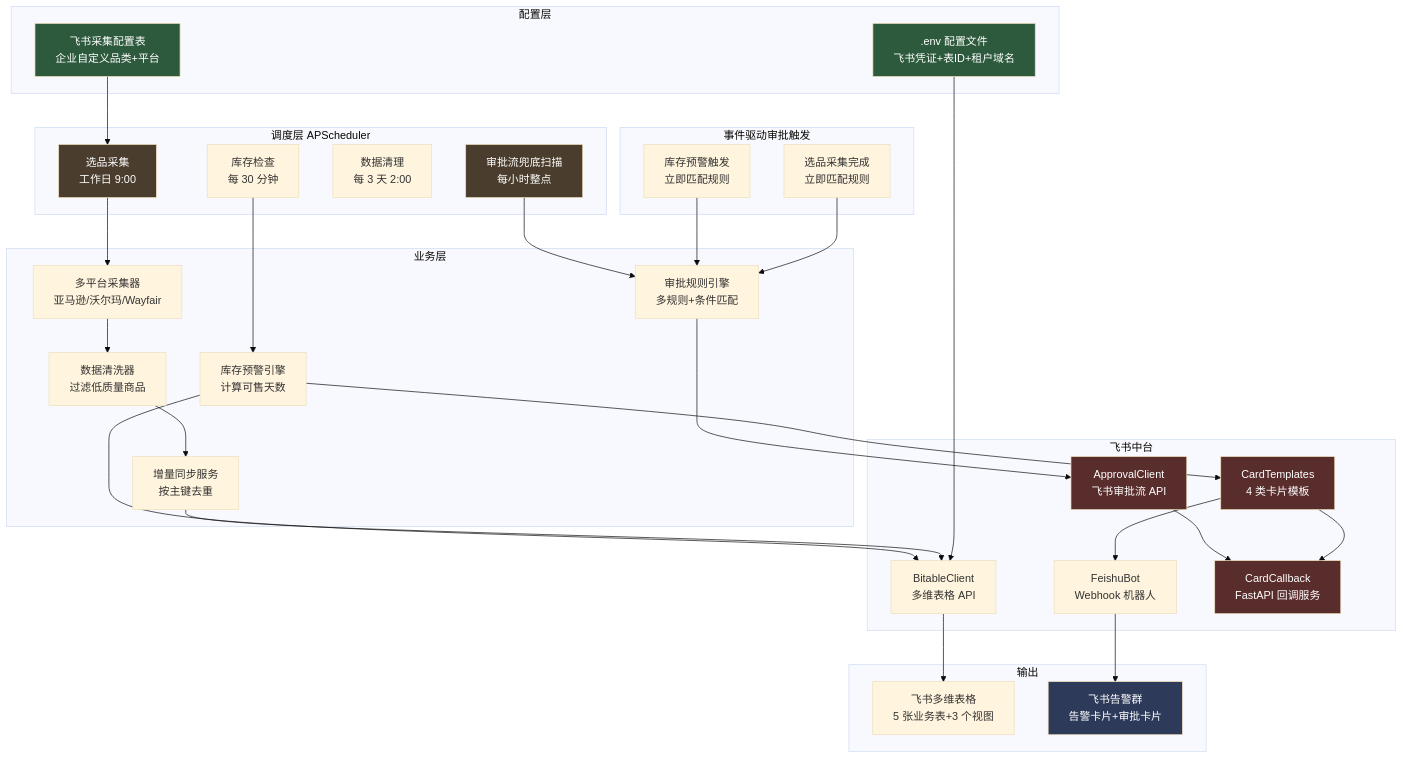
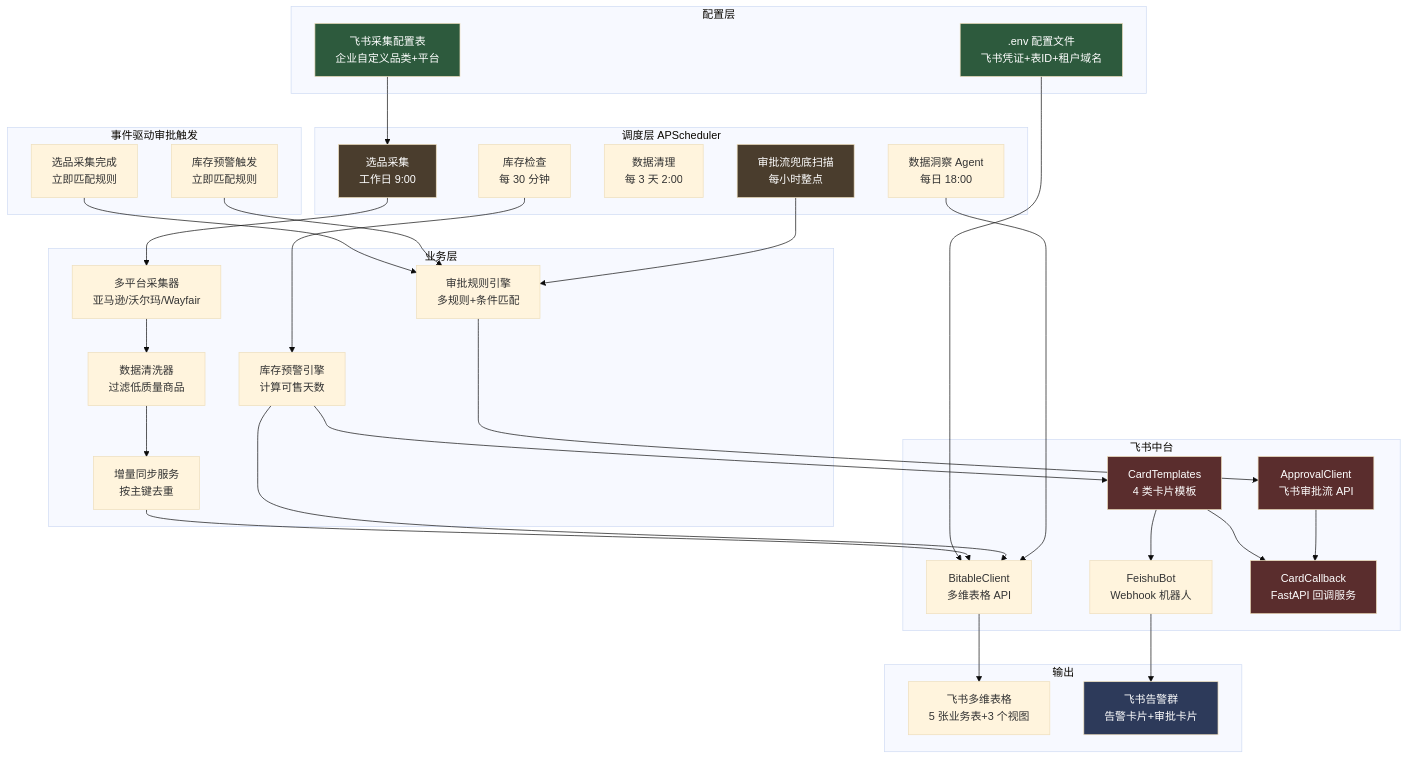
The second of 6 diagrams in README.md (lbh1nb/cross-border-ai-platform), drawn with Mermaid (base theme) before and after one commit. The commit also changed other lines of this file and 14 other files, not shown here.

First line of the commit message:
feat: v0.6.0 数据洞察 Agent 上线

````diff
--- a/README.md
+++ b/README.md
@@ -80,61 +81,63 @@
 ```mermaid
 flowchart TB
     subgraph 配置层
         A1[飞书采集配置表<br/>企业自定义品类+平台]
         A2[.env 配置文件<br/>飞书凭证+表ID+租户域名]
     end
 
     subgraph 调度层[调度层 APScheduler]
         B1[选品采集<br/>工作日 9:00]
         B2[库存检查<br/>每 30 分钟]
         B3[数据清理<br/>每 3 天 2:00]
+        B4[数据洞察 Agent<br/>每日 18:00]
         B5[审批流兜底扫描<br/>每小时整点]
     end
 
     subgraph 事件驱动[事件驱动审批触发]
         EV1[选品采集完成<br/>立即匹配规则]
         EV2[库存预警触发<br/>立即匹配规则]
     end
 
     subgraph 业务层
         C1[多平台采集器<br/>亚马逊/沃尔玛/Wayfair]
         C2[数据清洗器<br/>过滤低质量商品]
         C3[增量同步服务<br/>按主键去重]
         C4[库存预警引擎<br/>计算可售天数]
         C5[审批规则引擎<br/>多规则+条件匹配]
     end
 
     subgraph 飞书中台
         D1[BitableClient<br/>多维表格 API]
         D2[FeishuBot<br/>Webhook 机器人]
         D3[CardTemplates<br/>4 类卡片模板]
         D4[CardCallback<br/>FastAPI 回调服务]
         D5[ApprovalClient<br/>飞书审批流 API]
     end
 
     subgraph 输出
         E1[飞书多维表格<br/>5 张业务表+3 个视图]
         E2[飞书告警群<br/>告警卡片+审批卡片]
     end
 
     A1 --> B1
     A2 --> D1
     B1 --> C1 --> C2 --> C3 --> D1 --> E1
     B2 --> C4 --> D1
     C4 --> D3 --> D2 --> E2
     D3 --> D4
+    B4 --> D1
     EV1 --> C5
     EV2 --> C5
     B5 --> C5
     C5 --> D5
     D5 --> D4
 
     style A1 fill:#2d5a3d,color:#fff
     style A2 fill:#2d5a3d,color:#fff
     style B1 fill:#4a3d2d,color:#fff
     style B5 fill:#4a3d2d,color:#fff
     style D3 fill:#5a2d2d,color:#fff
     style D4 fill:#5a2d2d,color:#fff
     style D5 fill:#5a2d2d,color:#fff
     style E2 fill:#2d3a5a,color:#fff
 ```
````
